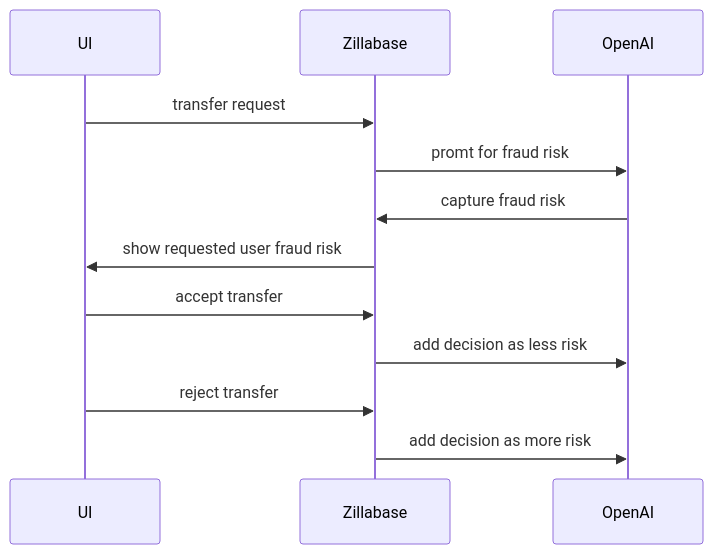
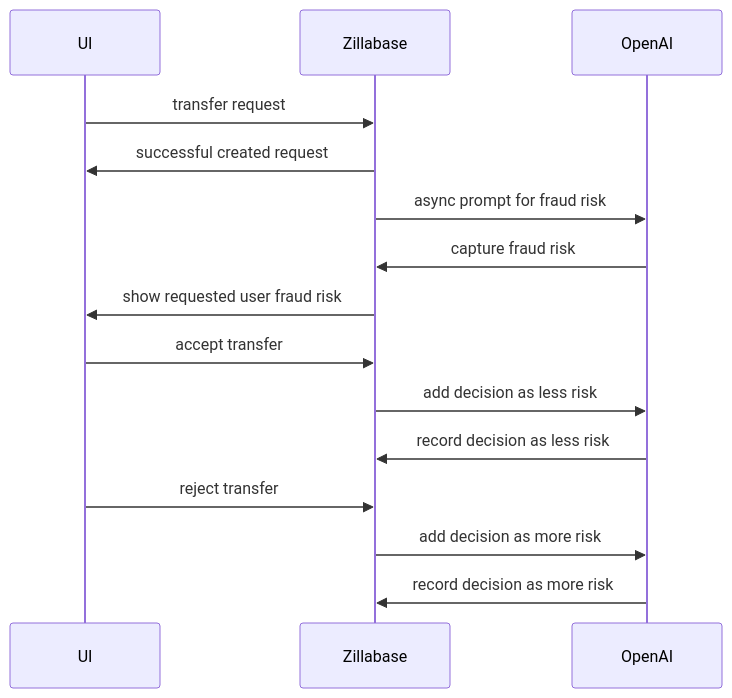
The diagram in examples/openai/README.md (aklivity/zillabase), drawn with Mermaid before and after one commit. The commit also changed other lines of this file, not shown here.

Commit message:
add segments to the diagram

````diff
--- a/examples/openai/README.md
+++ b/examples/openai/README.md
@@ -2,11 +2,14 @@
 ```mermaid
 sequenceDiagram
     UI->>Zillabase: transfer request
-    Zillabase->>OpenAI: promt for fraud risk
+    Zillabase->>UI: successful created request
+    Zillabase->>OpenAI: async prompt for fraud risk
     OpenAI->>Zillabase: capture fraud risk
     Zillabase->>UI: show requested user fraud risk
     UI->>Zillabase: accept transfer
     Zillabase->>OpenAI: add decision as less risk
+    OpenAI->>Zillabase: record decision as less risk
     UI->>Zillabase: reject transfer
     Zillabase->>OpenAI: add decision as more risk
+    OpenAI->>Zillabase: record decision as more risk
 ```
````
